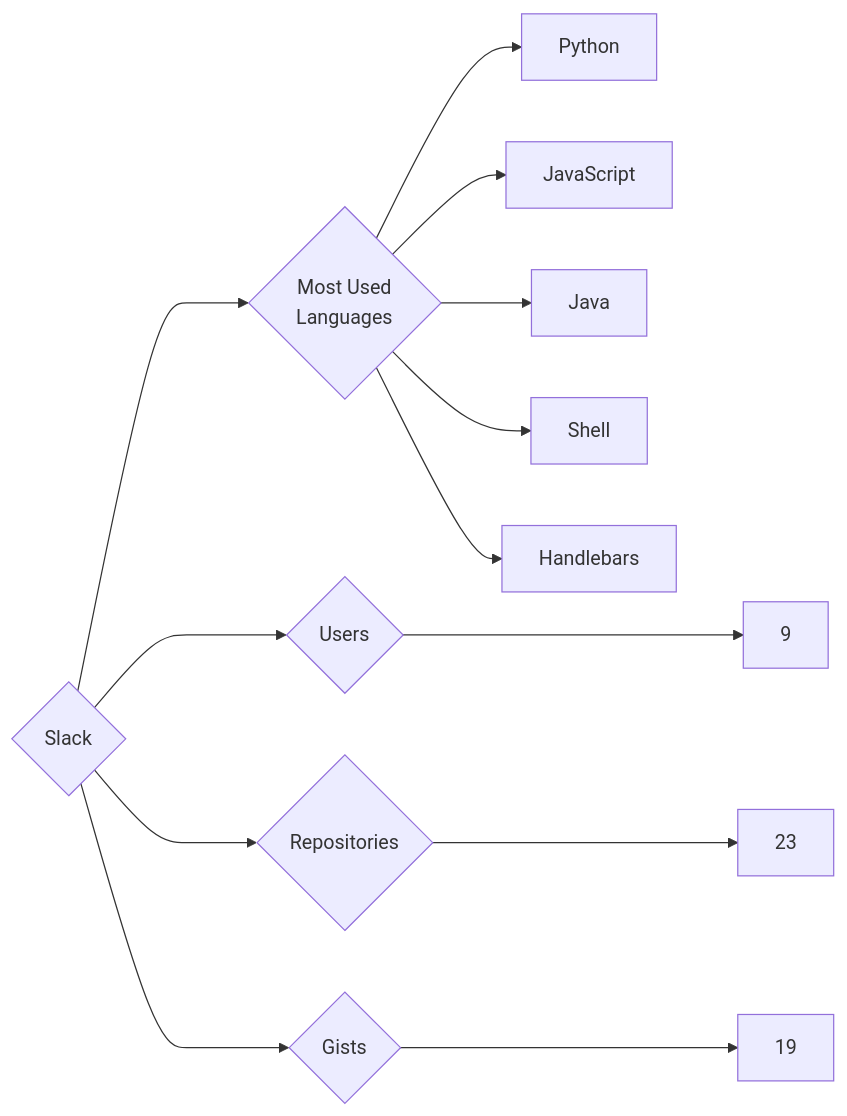
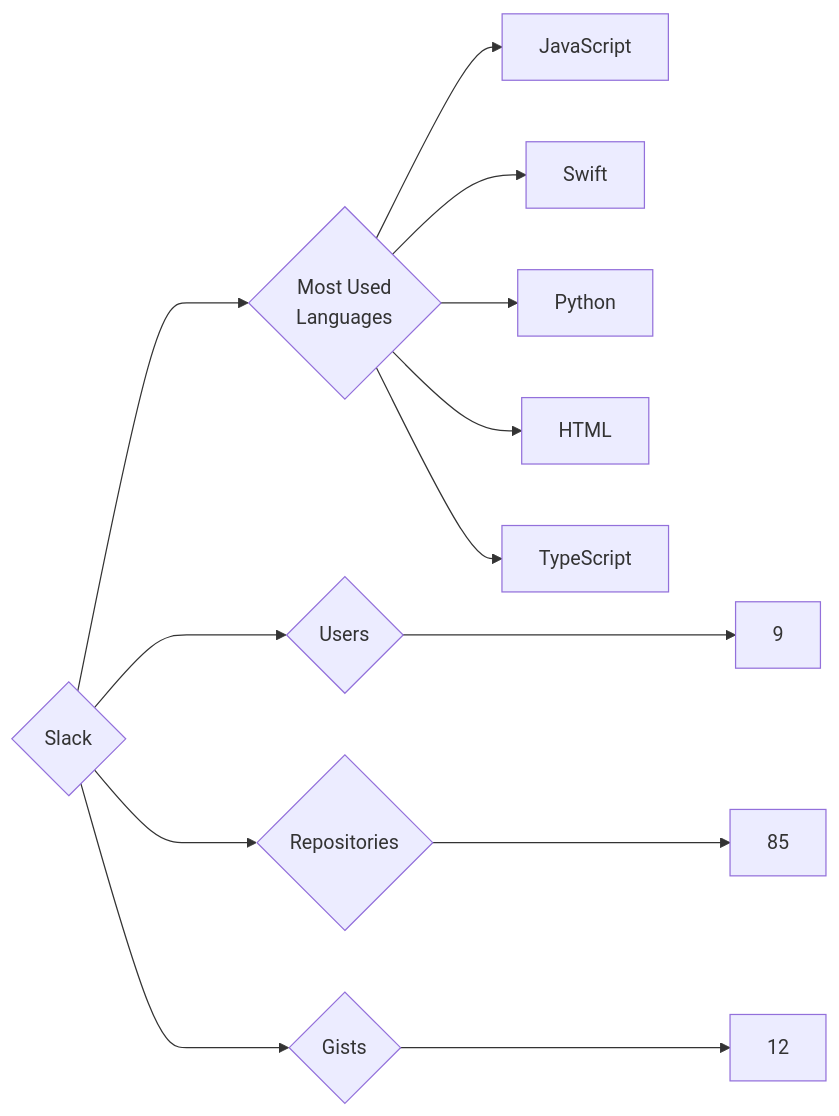
The diagram in targets/Slack/README.md (trickest/insiders), drawn with Mermaid before and after one commit. The commit also changed 1484 other files, not shown here.

````diff
--- a/targets/Slack/README.md
+++ b/targets/Slack/README.md
@@ -3,13 +3,13 @@
 ```mermaid
 graph LR
 COMPANY_NAME{Slack}
 COMPANY_NAME ---> U{Users} ---> UN[9]
-COMPANY_NAME ---> R{Repositories} ---> RN[23]
-COMPANY_NAME ---> G{Gists} ---> GN[19]
+COMPANY_NAME ---> R{Repositories} ---> RN[85]
+COMPANY_NAME ---> G{Gists} ---> GN[12]
 COMPANY_NAME ---> ML{Most Used<br>Languages}
+ML --> JavaScript[JavaScript]
+ML --> Swift[Swift]
 ML --> Python[Python]
-ML --> JavaScript[JavaScript]
-ML --> Java[Java]
-ML --> Shell[Shell]
-ML --> Handlebars[Handlebars]
+ML --> HTML[HTML]
+ML --> TypeScript[TypeScript]
 ```
````
